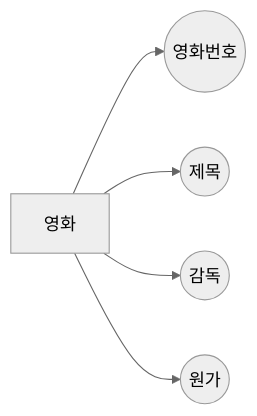
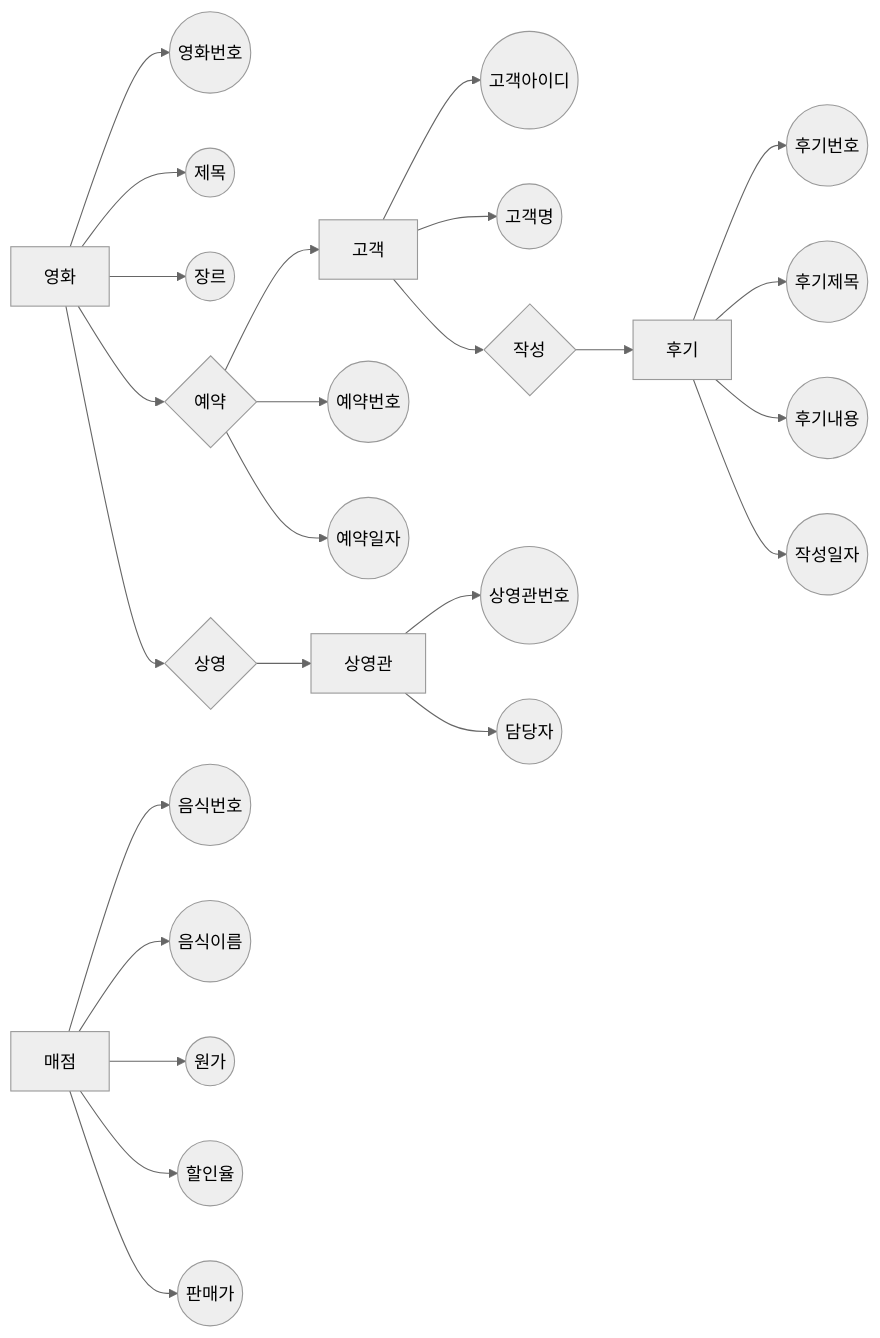
Before and after one commit to ydj1215/2022DataBaseProject: the diagram in README.md, drawn with Mermaid (neutral theme). The commit also changed other lines of this file, not shown here.

````diff
--- a/README.md
+++ b/README.md
@@ -23,8 +30,33 @@
 ```mermaid
 graph LR
 A[영화]
    A --> B((영화번호))
    A --> C((제목))
-   A --> D((감독))
-   A --> E((원가))
+   A --> D((장르))
+E[고객]
+   E --> F((고객아이디))
+   E --> G((고객명))
+H[상영관]
+   H --> I((상영관번호))
+   H --> J((담당자))
+K[후기]
+   K --> Q((후기번호))
+   K --> R((후기제목))
+   K --> S((후기내용))
+   K --> T((작성일자))
+U[매점]
+   U --> V((음식번호))
+   U --> W((음식이름))
+   U --> X((원가))
+   U --> Y((할인율))
+   U --> Z((판매가))
+ A --> a{예약}
+ a --> E
+ a --> b((예약번호))
+ a --> c((예약일자))
+ A --> d{상영}
+ d --> H
+ E --> e{작성}
+ e --> K
+
 ```
````
